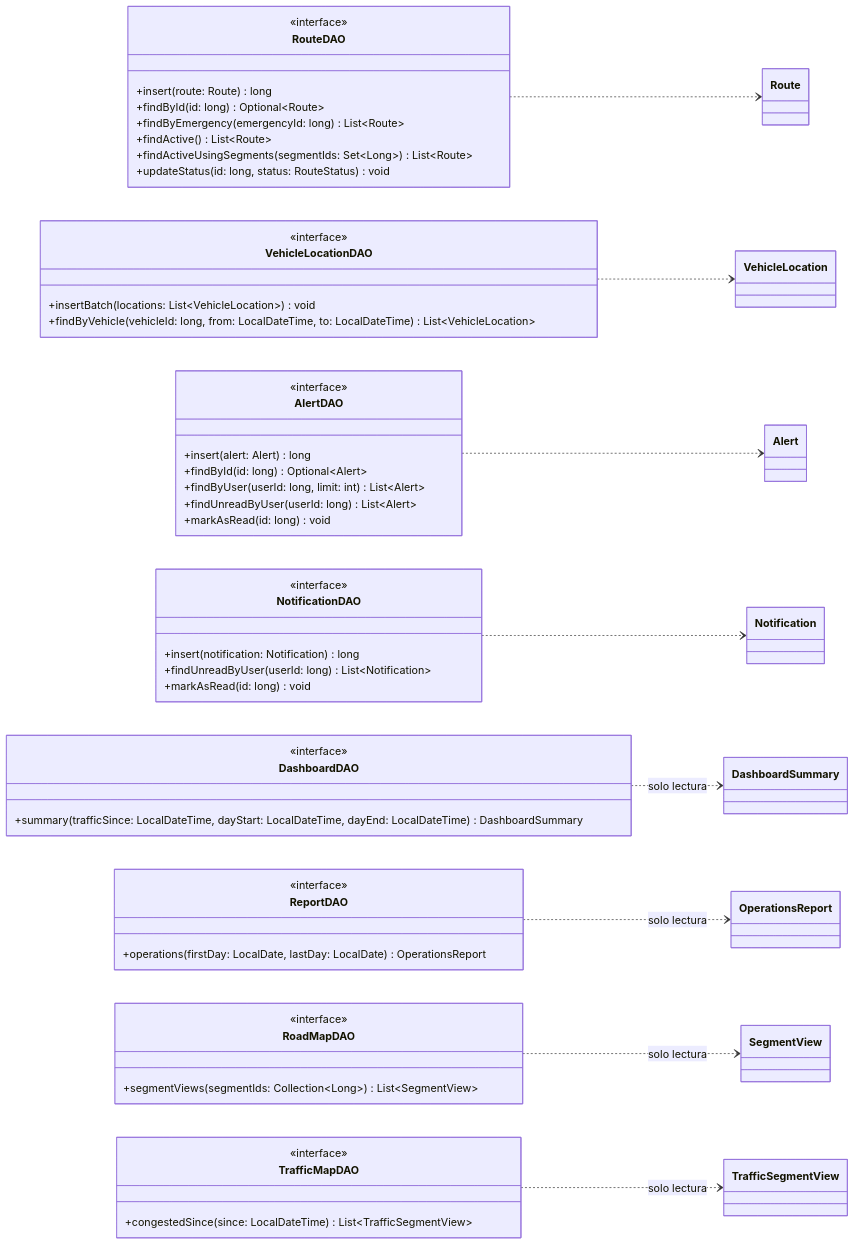
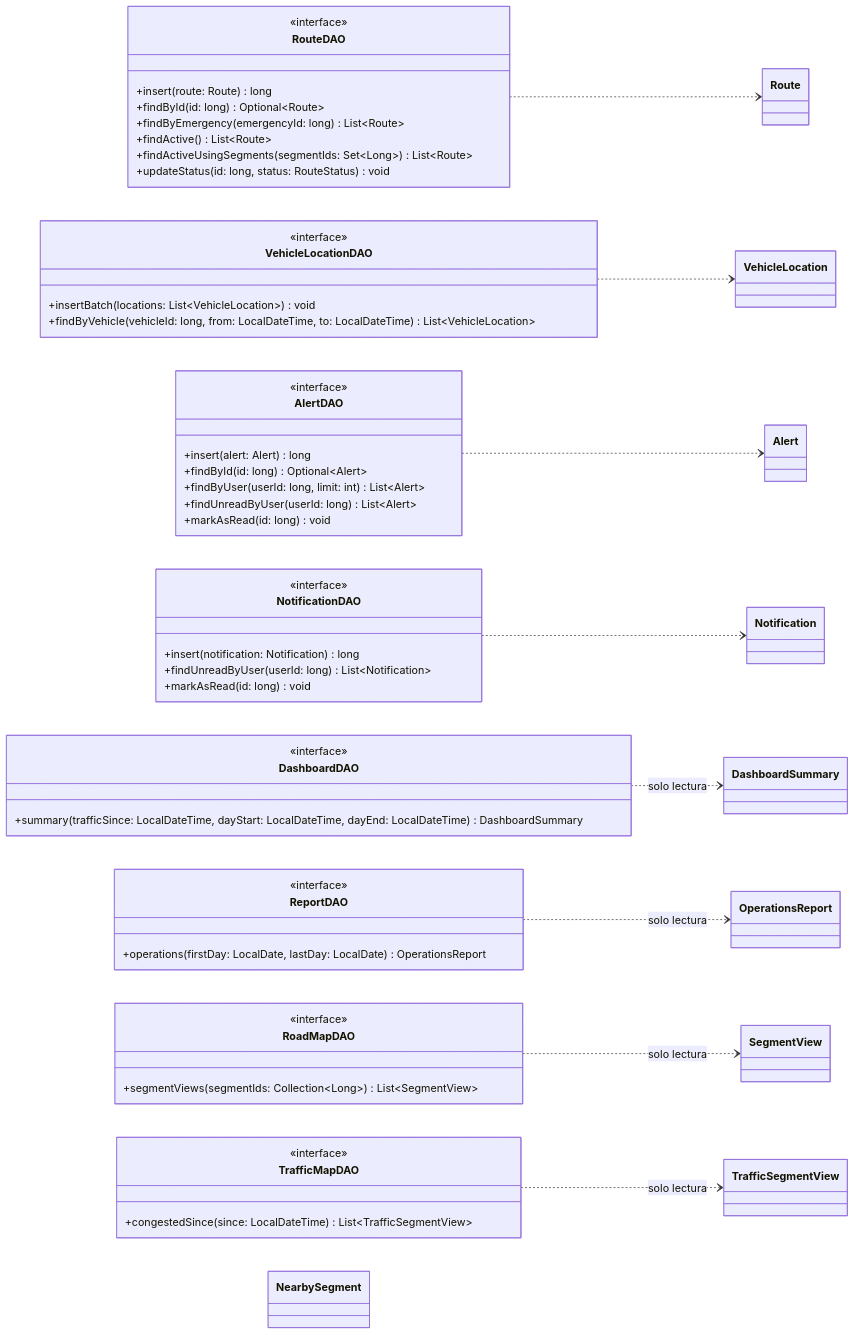
Diagram 13 of 26 in docs/class-diagram.md (afzabaleta/RutaVida), drawn with Mermaid before and after one commit. The commit also changed other lines of this file and 11 other files, not shown here.

````diff
--- a/docs/class-diagram.md
+++ b/docs/class-diagram.md
@@ -834,75 +834,76 @@
 ```mermaid
 ---
 config:
   markdownAutoWrap: false
 ---
 classDiagram
     direction LR
 
     class RouteDAO {
         <<interface>>
         +insert(route: Route) long
         +findById(id: long) Optional~Route~
         +findByEmergency(emergencyId: long) List~Route~
         +findActive() List~Route~
         +findActiveUsingSegments(segmentIds: Set~Long~) List~Route~
         +updateStatus(id: long, status: RouteStatus) void
     }
     class VehicleLocationDAO {
         <<interface>>
         +insertBatch(locations: List~VehicleLocation~) void
         +findByVehicle(vehicleId: long, from: LocalDateTime, to: LocalDateTime) List~VehicleLocation~
     }
         class AlertDAO {
         <<interface>>
         +insert(alert: Alert) long
         +findById(id: long) Optional~Alert~
         +findByUser(userId: long, limit: int) List~Alert~
         +findUnreadByUser(userId: long) List~Alert~
         +markAsRead(id: long) void
     }
     class NotificationDAO {
         <<interface>>
         +insert(notification: Notification) long
         +findUnreadByUser(userId: long) List~Notification~
         +markAsRead(id: long) void
     }
 
     class DashboardDAO {
         <<interface>>
         +summary(trafficSince: LocalDateTime, dayStart: LocalDateTime, dayEnd: LocalDateTime) DashboardSummary
     }
     class ReportDAO {
         <<interface>>
         +operations(firstDay: LocalDate, lastDay: LocalDate) OperationsReport
     }
 
     class RoadMapDAO {
         <<interface>>
         +segmentViews(segmentIds: Collection~Long~) List~SegmentView~
     }
 
     class TrafficMapDAO {
         <<interface>>
         +congestedSince(since: LocalDateTime) List~TrafficSegmentView~
     }
 
     class Route
     class VehicleLocation
     class Alert
     class Notification
     class DashboardSummary
     class OperationsReport
     class SegmentView
+    class NearbySegment
     class TrafficSegmentView
 
 
     RouteDAO ..> Route
     VehicleLocationDAO ..> VehicleLocation
     AlertDAO ..> Alert
     NotificationDAO ..> Notification
     DashboardDAO ..> DashboardSummary : solo lectura
     ReportDAO ..> OperationsReport : solo lectura
     RoadMapDAO ..> SegmentView : solo lectura
     TrafficMapDAO ..> TrafficSegmentView : solo lectura
 ```
````
